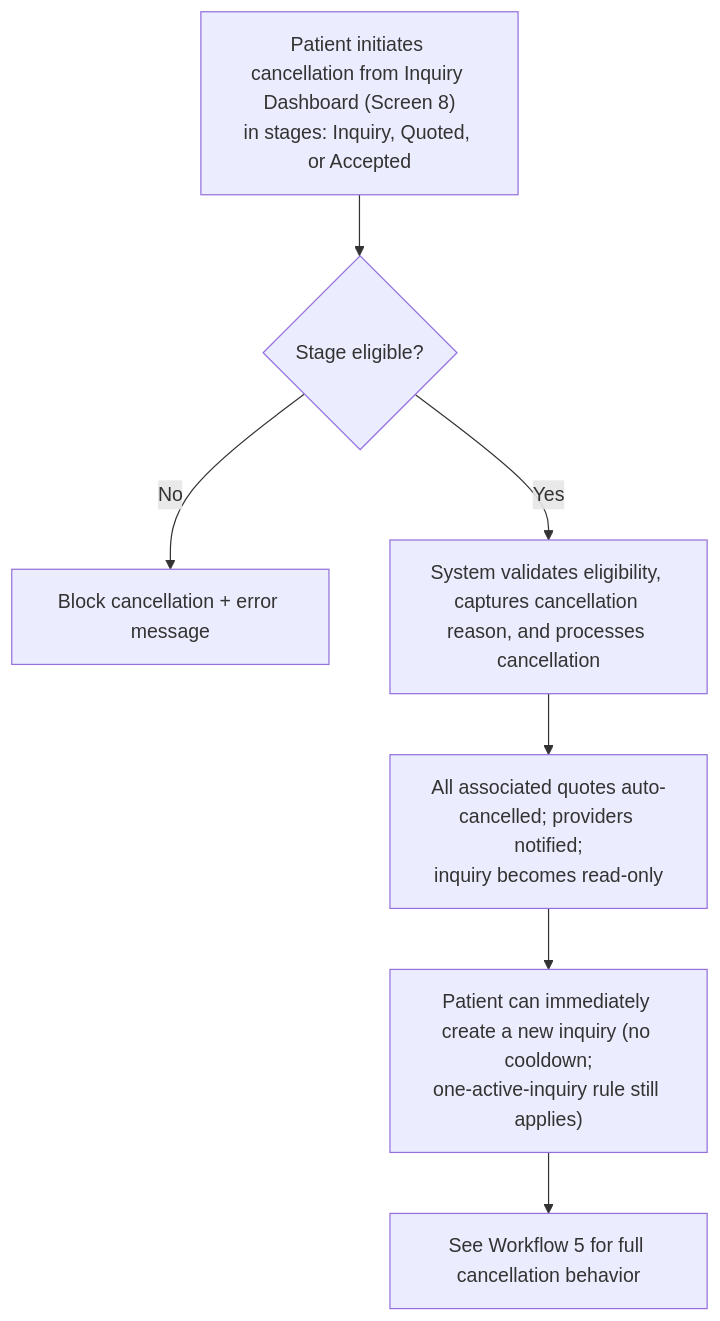
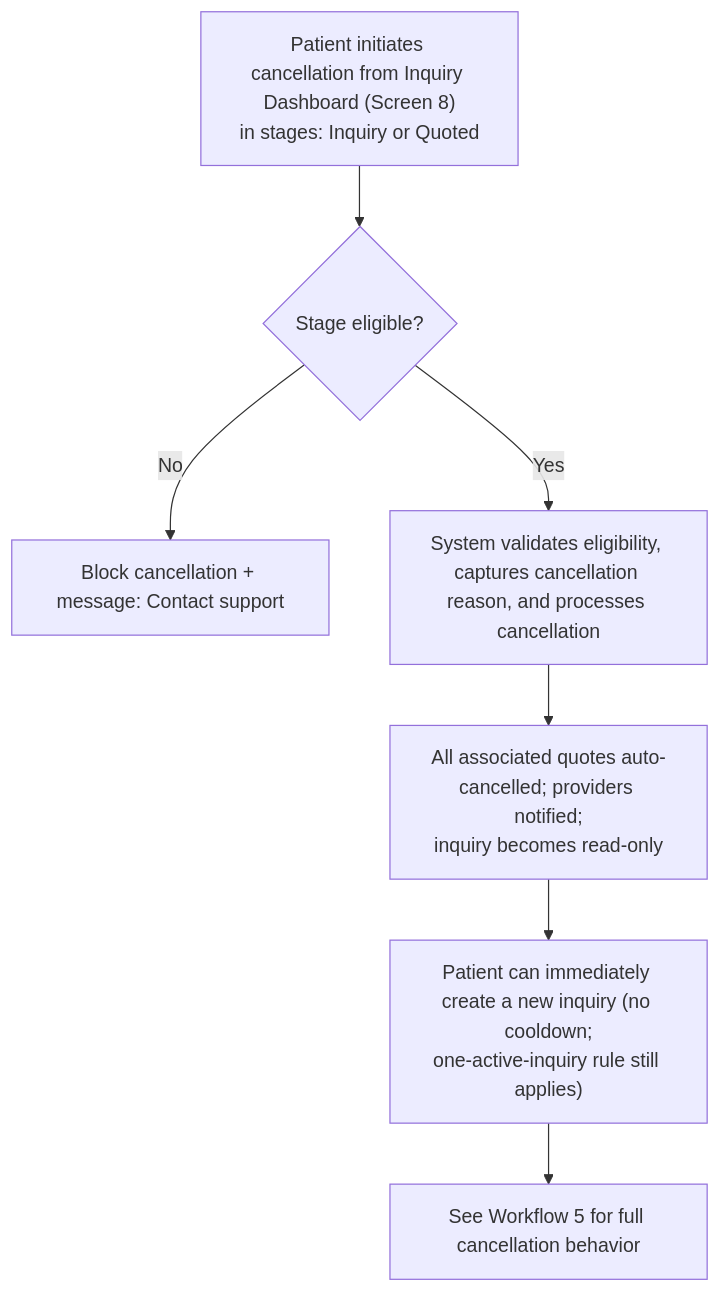
Before and after one commit to joachimtrungtuan/hairline-pm-docs: the fifth of 15 diagrams in project-requirements/functional-requirements/fr003-inquiry-submission/prd.md, drawn with Mermaid. The commit also changed other lines of this file and 11 other files, not shown here.

````diff
--- a/project-requirements/functional-requirements/fr003-inquiry-submission/prd.md
+++ b/project-requirements/functional-requirements/fr003-inquiry-submission/prd.md
@@ -170,9 +170,9 @@
 ```mermaid
 flowchart TD
-    Start["Patient initiates cancellation from Inquiry Dashboard (Screen 8)<br/>in stages: Inquiry, Quoted, or Accepted"] --> Eligible{"Stage eligible?"}
-    Eligible -->|No| Block["Block cancellation + error message"]
+    Start["Patient initiates cancellation from Inquiry Dashboard (Screen 8)<br/>in stages: Inquiry or Quoted"] --> Eligible{"Stage eligible?"}
+    Eligible -->|No| Block["Block cancellation + message: Contact support"]
     Eligible -->|Yes| Process["System validates eligibility, captures cancellation reason, and processes cancellation"]
     Process --> Cascade["All associated quotes auto-cancelled; providers notified;<br/>inquiry becomes read-only"]
     Cascade --> New["Patient can immediately create a new inquiry (no cooldown;<br/>one-active-inquiry rule still applies)"]
     New --> Ref["See Workflow 5 for full cancellation behavior"]
 ```
````
